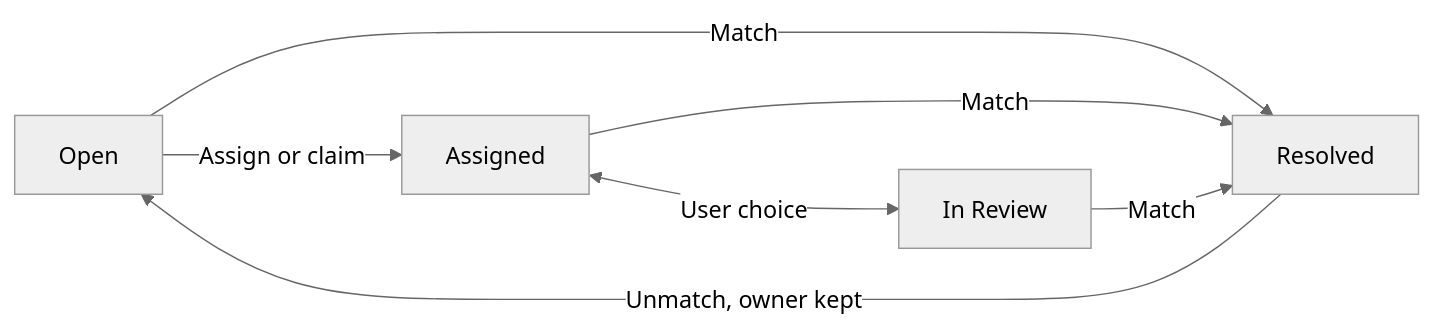
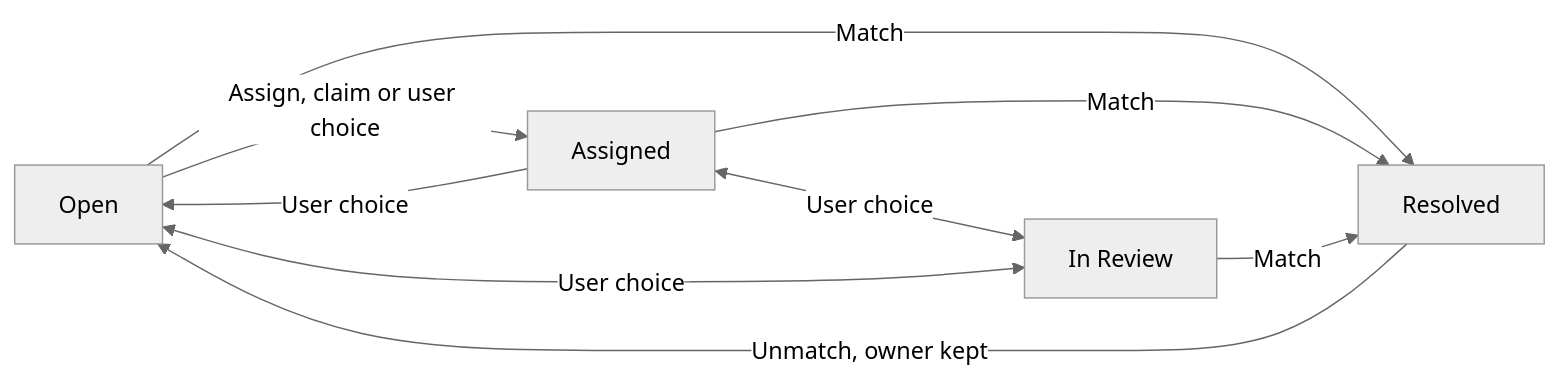
One commit to blitzy-public-samples/openbravo-erp changed the diagram in docs/requirements/bank-reconciliation-exceptions-workbench-requirements.md. Above: the diagram before and after it, drawn with Mermaid (neutral theme). The commit also changed other lines of this file, not shown here.

First line of the commit message:
Fix outline headings and Figure 1 in workbench requirements

````diff
--- a/docs/requirements/bank-reconciliation-exceptions-workbench-requirements.md
+++ b/docs/requirements/bank-reconciliation-exceptions-workbench-requirements.md
@@ -224,11 +224,13 @@
 ```mermaid
 flowchart LR
     accTitle: Figure 1. Exception status of a statement line
-    accDescr: Users move a line between Open, Assigned and In Review; a match sets Resolved and an unmatch returns it to Open.
-    O["Open"] -->|"Assign or claim"| A["Assigned"]
+    accDescr: Assign, claim or a user's choice makes an Open line Assigned; users move a line between Open, Assigned and In Review in any direction; a match from any of them sets Resolved, and an unmatch returns it to Open with the owner kept.
+    O["Open"] -->|"Assign, claim or user choice"| A["Assigned"]
+    A -->|"User choice"| O
     A <-->|"User choice"| R["In Review"]
+    O <-->|"User choice"| R
     O -->|"Match"| X["Resolved"]
     A -->|"Match"| X
     R -->|"Match"| X
     X -->|"Unmatch, owner kept"| O
 ```
````
